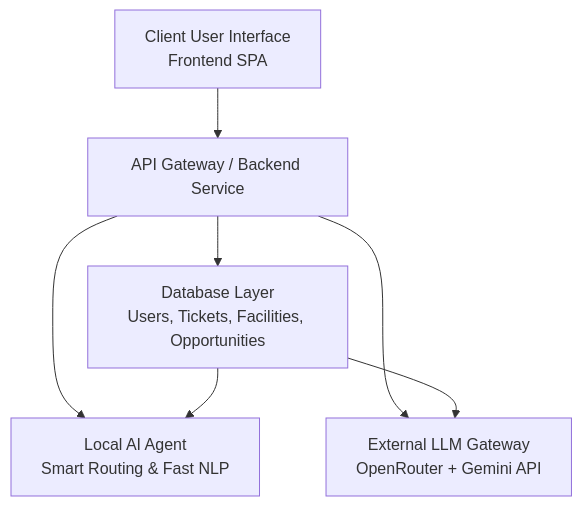
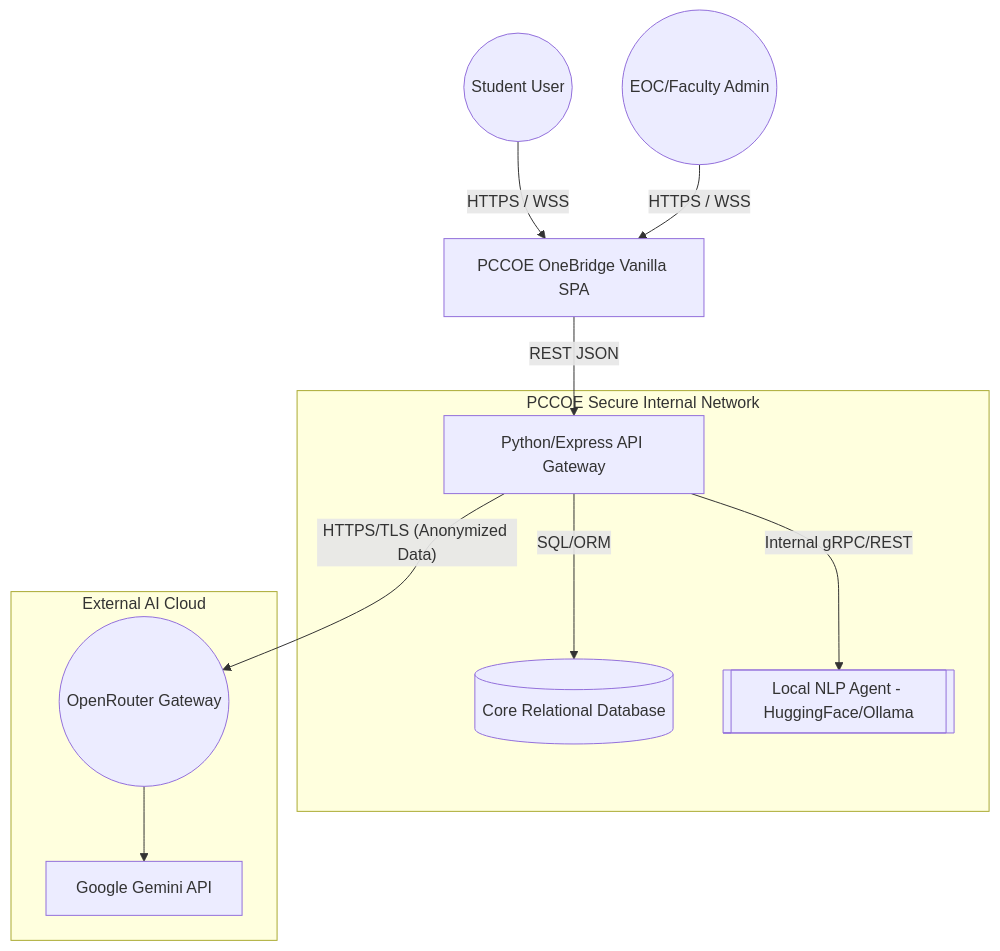
One commit to abhishekeb211/pccoe-onebridge changed the first of 3 diagrams in architecture.md. Above: the diagram before and after it, drawn with Mermaid. The commit also changed other lines of this file and 1 other file, not shown here.

Commit message:
Phase 2: Formalize UML Sequence and DFD logic in architecture.md

````diff
--- a/architecture.md
+++ b/architecture.md
@@ -11,11 +9,33 @@
 ```mermaid
 graph TD
-    A[Client User Interface<br/>Frontend SPA] --> B[API Gateway / Backend Service]
-    B --> C[Database Layer<br/>Users, Tickets, Facilities, Opportunities]
+    %% User Nodes
+    Student((Student User))
+    Admin((EOC/Faculty Admin))
+
+    %% Frontend App
+    SPA[PCCOE OneBridge Vanilla SPA]
+
+    %% Main Backend
+    subgraph PCCOE Secure Intranet [PCCOE Secure Internal Network]
+        Gateway[Python/Express API Gateway]
+        DB[(Core Relational Database)]
+        LocalAI[[Local NLP Agent - HuggingFace/Ollama]]
+    end
+
+    %% External Systems
+    subgraph External Cloud [External AI Cloud]
+        OpenRouter((OpenRouter Gateway))
+        Gemini[Google Gemini API]
+    end
+
+    %% Flow Path
+    Student -- HTTPS / WSS --> SPA
+    Admin -- HTTPS / WSS --> SPA
     
-    B --> D[Local AI Agent<br/>Smart Routing & Fast NLP]
-    B --> E[External LLM Gateway<br/>OpenRouter + Gemini API]
+    SPA -- REST JSON --> Gateway
+    Gateway -- SQL/ORM --> DB
     
-    C --> D
-    C --> E
+    Gateway -- Internal gRPC/REST --> LocalAI
+    Gateway -- HTTPS/TLS (Anonymized Data) --> OpenRouter
+    OpenRouter --> Gemini
 ```
````
